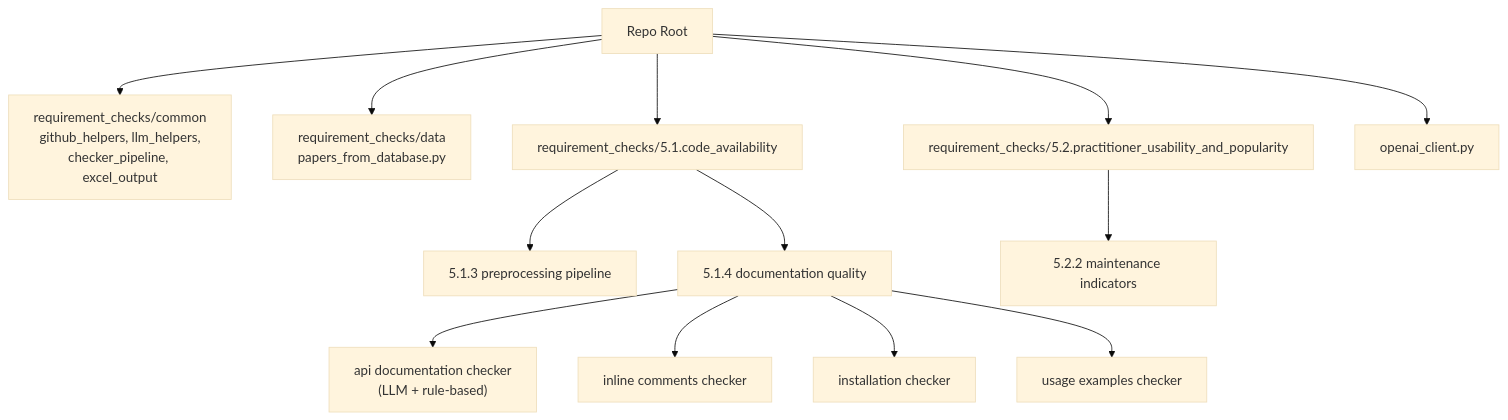
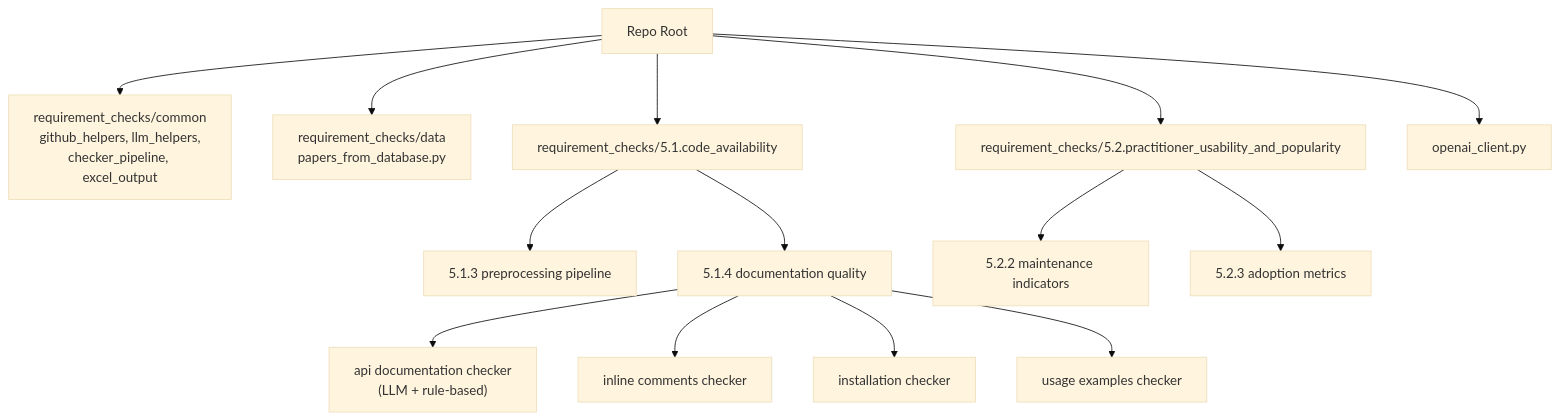
Before and after one commit to AminDaryan/Scrape-GitHub: the diagram in README.md, drawn with Mermaid (base theme). The commit also changed other lines of this file and 1 other file, not shown here.

````diff
--- a/README.md
+++ b/README.md
@@ -36,16 +40,17 @@
 ```mermaid
 flowchart TD
   root["Repo Root"]
   root --> common["requirement_checks/common<br/>github_helpers, llm_helpers,<br/>checker_pipeline, excel_output"]
   root --> data["requirement_checks/data<br/>papers_from_database.py"]
   root --> q51["requirement_checks/5.1.code_availability"]
   q51 --> q513["5.1.3 preprocessing pipeline"]
   q51 --> q514["5.1.4 documentation quality"]
   q514 --> apidoc["api documentation checker<br/>(LLM + rule-based)"]
   q514 --> inline["inline comments checker"]
   q514 --> install["installation checker"]
   q514 --> usage["usage examples checker"]
   root --> q52["requirement_checks/5.2.practitioner_usability_and_popularity"]
   q52 --> q522["5.2.2 maintenance indicators"]
+  q52 --> q523["5.2.3 adoption metrics"]
   root --> client["openai_client.py"]
 ```
````
